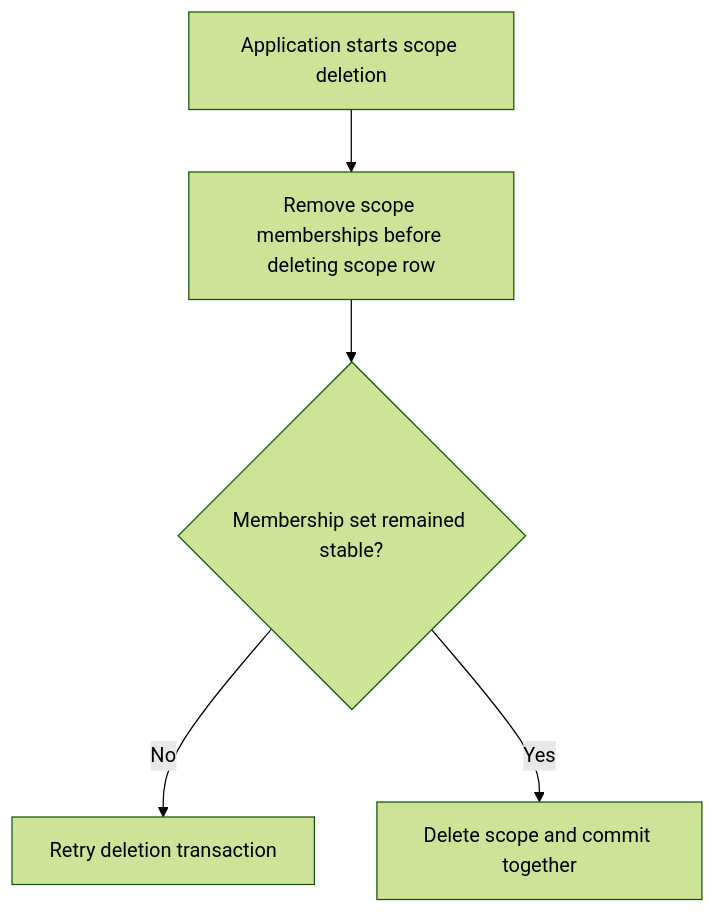
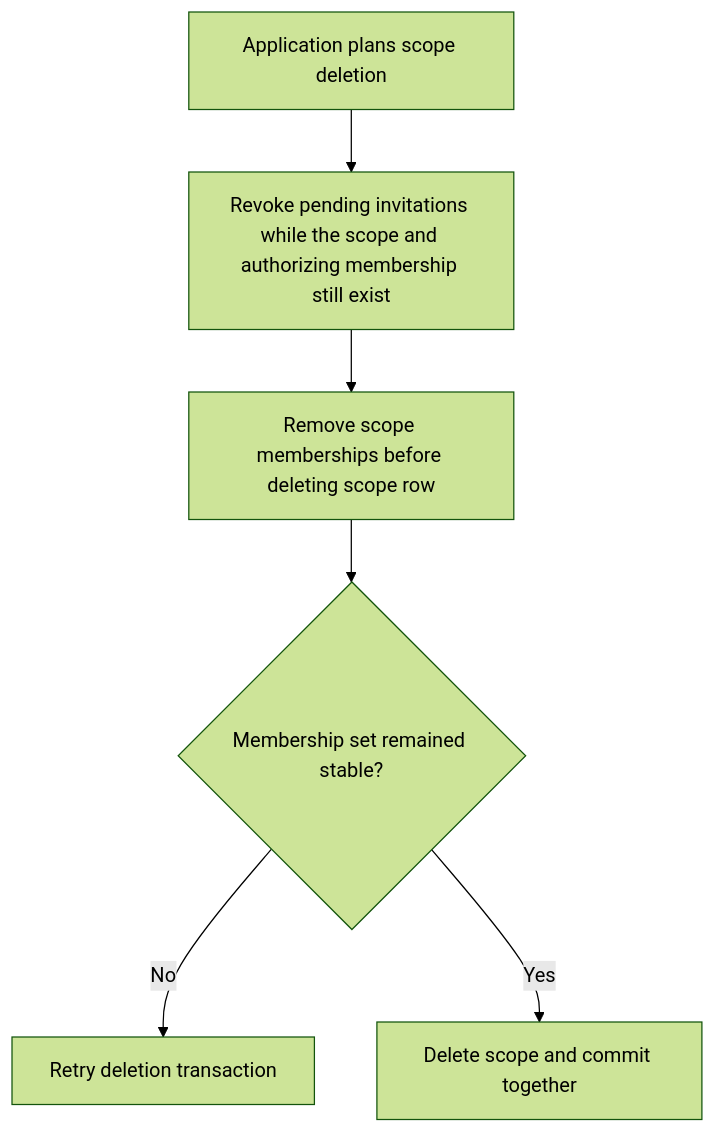
One commit to Kevinjohn/oss-adonisjs-access-control changed the first of 2 diagrams in user-stories/US-ACCESS-25-delete-scope-memberships.md. Above: the diagram before and after it, drawn with Mermaid (forest theme). The commit also changed other lines of this file and 25 other files, not shown here.

````diff
--- a/user-stories/US-ACCESS-25-delete-scope-memberships.md
+++ b/user-stories/US-ACCESS-25-delete-scope-memberships.md
@@ -21,7 +21,8 @@
 ```mermaid
 flowchart TD
-    A["Application starts scope deletion"] --> B["Remove scope memberships before deleting scope row"]
+    A["Application plans scope deletion"] --> P["Revoke pending invitations while the scope and authorizing membership still exist"]
+    P --> B["Remove scope memberships before deleting scope row"]
     B --> C{"Membership set remained stable?"}
     C -->|No| D["Retry deletion transaction"]
     C -->|Yes| E["Delete scope and commit together"]
 ```
````
